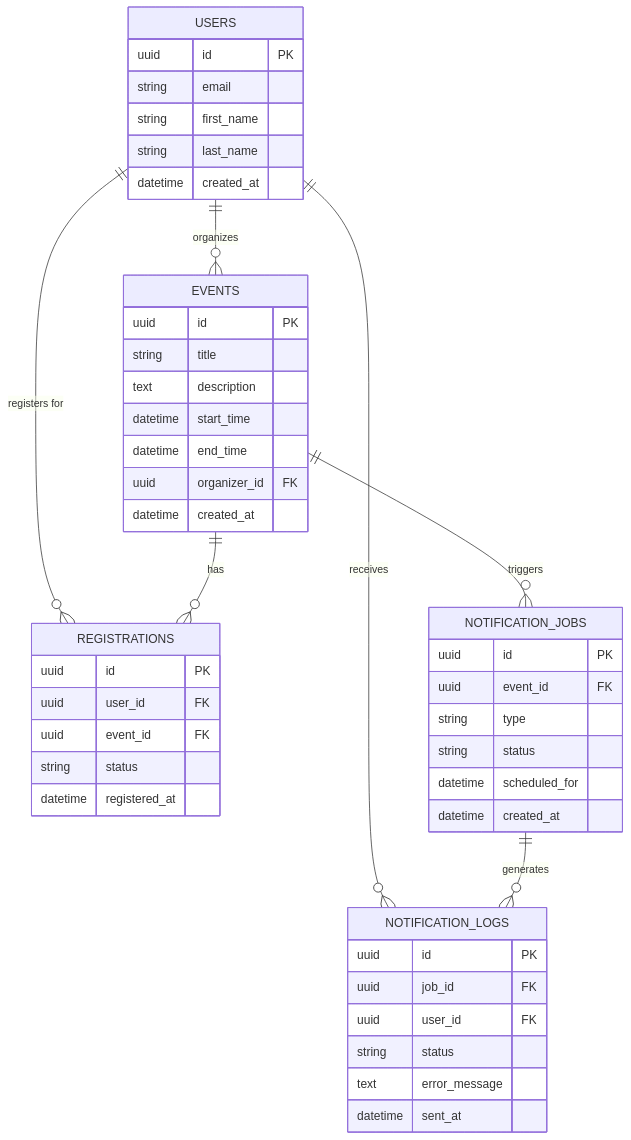
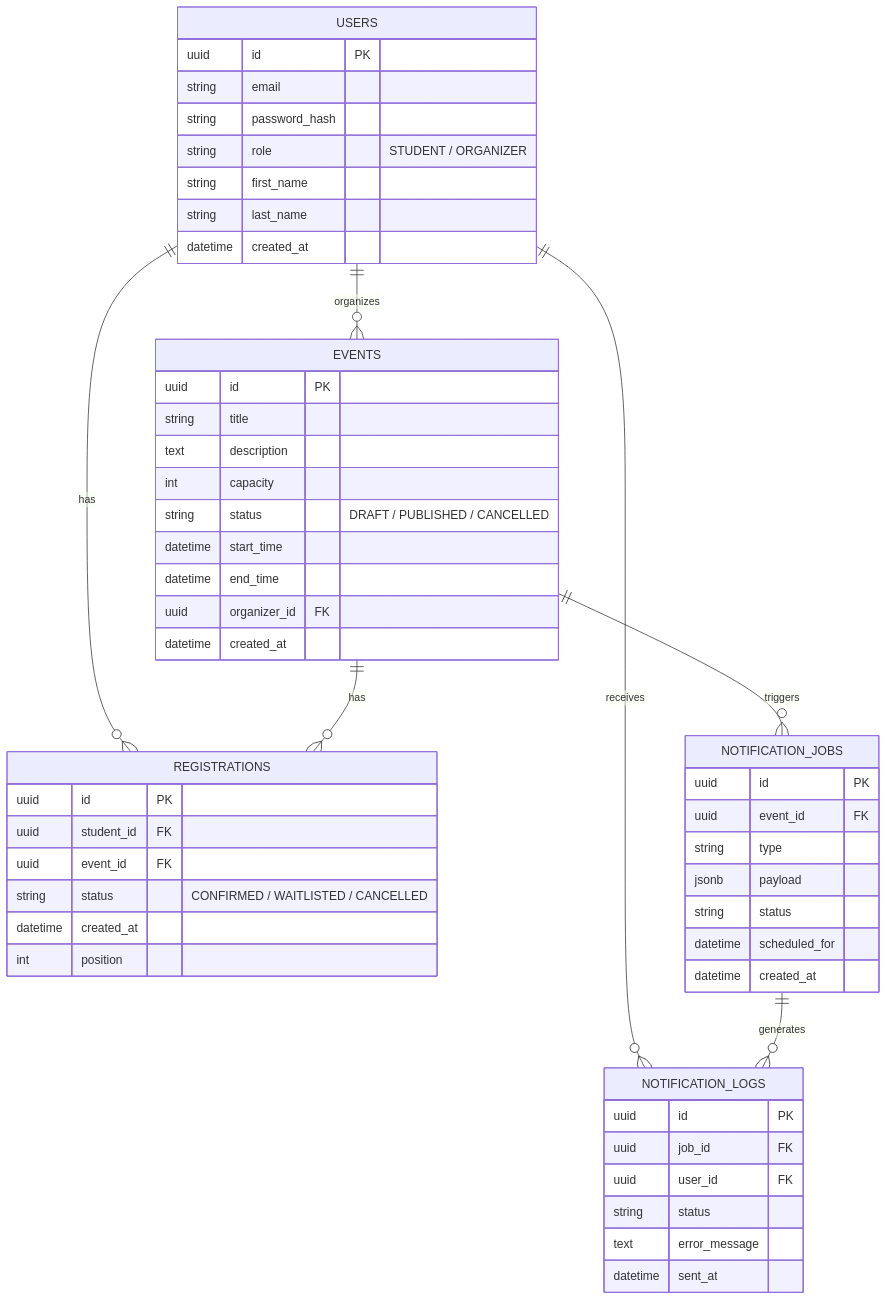
Before and after one commit to EmilD93/Heracle: the diagram in database_design.md, drawn with Mermaid. The commit also changed other lines of this file and 1 other file, not shown here.

Commit message:
Finalize ER diagram and add initial PostgreSQL scripts (init.sql)

````diff
--- a/database_design.md
+++ b/database_design.md
@@ -16,53 +7,59 @@
 ```mermaid
 erDiagram
-    USERS ||--o{ REGISTRATIONS : "registers for"
+    USERS ||--o{ REGISTRATIONS : "has"
     EVENTS ||--o{ REGISTRATIONS : "has"
     USERS ||--o{ NOTIFICATION_LOGS : "receives"
     EVENTS ||--o{ NOTIFICATION_JOBS : "triggers"
     NOTIFICATION_JOBS ||--o{ NOTIFICATION_LOGS : "generates"
     USERS ||--o{ EVENTS : "organizes"
 
     USERS {
         uuid id PK
         string email
+        string password_hash
+        string role "STUDENT / ORGANIZER"
         string first_name
         string last_name
         datetime created_at
     }
 
     EVENTS {
         uuid id PK
         string title
         text description
+        int capacity
+        string status "DRAFT / PUBLISHED / CANCELLED"
         datetime start_time
         datetime end_time
         uuid organizer_id FK
         datetime created_at
     }
 
     REGISTRATIONS {
         uuid id PK
-        uuid user_id FK
+        uuid student_id FK
         uuid event_id FK
-        string status
-        datetime registered_at
+        string status "CONFIRMED / WAITLISTED / CANCELLED"
+        datetime created_at
+        int position
     }
 
     NOTIFICATION_JOBS {
         uuid id PK
         uuid event_id FK
         string type
+        jsonb payload
         string status
         datetime scheduled_for
         datetime created_at
     }
 
     NOTIFICATION_LOGS {
         uuid id PK
         uuid job_id FK
         uuid user_id FK
         string status
         text error_message
         datetime sent_at
     }
 ```
````
